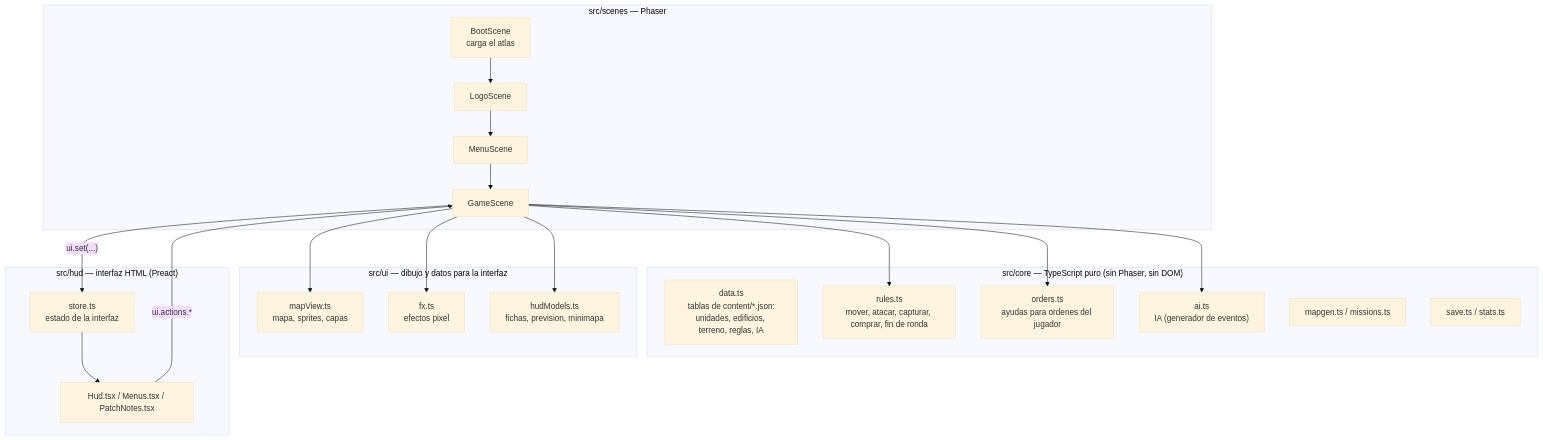
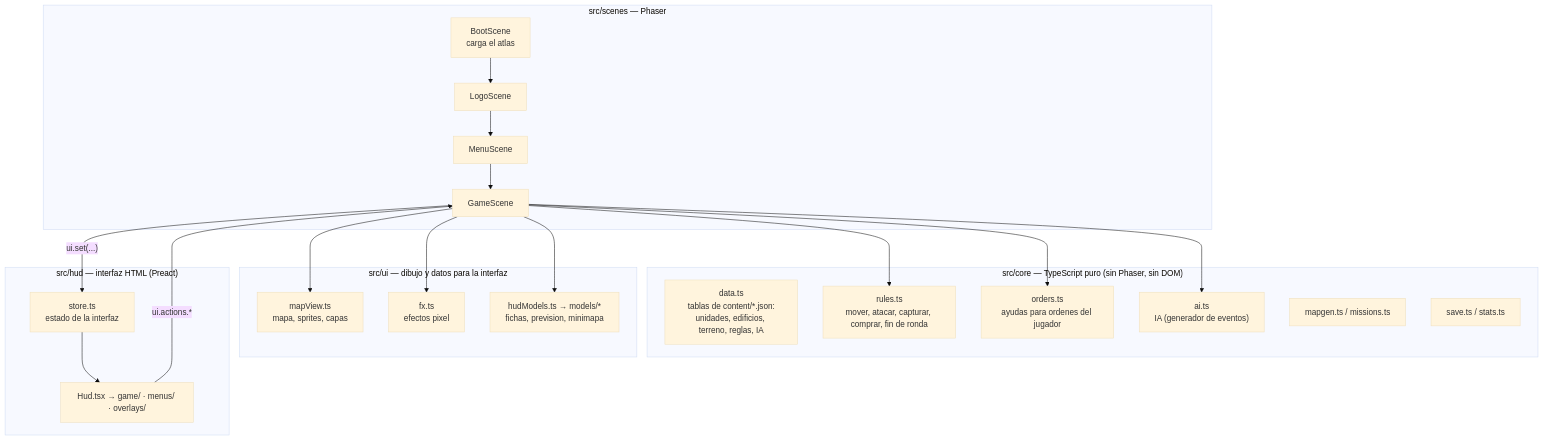
Before and after one commit to uSources/ilogic-remake: the first of 2 diagrams in docs/ARQUITECTURA.md, drawn with Mermaid (base theme). The commit also changed other lines of this file and 3 other files, not shown here.

````diff
--- a/docs/ARQUITECTURA.md
+++ b/docs/ARQUITECTURA.md
@@ -8,26 +8,26 @@
 ```mermaid
 flowchart TB
   subgraph core["src/core — TypeScript puro (sin Phaser, sin DOM)"]
     data["data.ts<br/>tablas de content/*.json:<br/>unidades, edificios, terreno, reglas, IA"]
     rules["rules.ts<br/>mover, atacar, capturar, comprar, fin de ronda"]
     orders["orders.ts<br/>ayudas para ordenes del jugador"]
     ai["ai.ts<br/>IA (generador de eventos)"]
     gen["mapgen.ts / missions.ts"]
     save["save.ts / stats.ts"]
   end
   subgraph scenes["src/scenes — Phaser"]
     boot["BootScene<br/>carga el atlas"] --> logo[LogoScene] --> menu[MenuScene] --> game[GameScene]
   end
   subgraph ui["src/ui — dibujo y datos para la interfaz"]
     mapView["mapView.ts<br/>mapa, sprites, capas"]
     fx["fx.ts<br/>efectos pixel"]
-    hudModels["hudModels.ts<br/>fichas, prevision, minimapa"]
+    hudModels["hudModels.ts → models/*<br/>fichas, prevision, minimapa"]
   end
   subgraph hud["src/hud — interfaz HTML (Preact)"]
-    store["store.ts<br/>estado de la interfaz"] --> comps["Hud.tsx / Menus.tsx / PatchNotes.tsx"]
+    store["store.ts<br/>estado de la interfaz"] --> comps["Hud.tsx → game/ · menus/ · overlays/"]
   end
   game --> rules & ai & orders
   game --> mapView & fx & hudModels
   game -- "ui.set(...)" --> store
   comps -- "ui.actions.*" --> game
 ```
````
